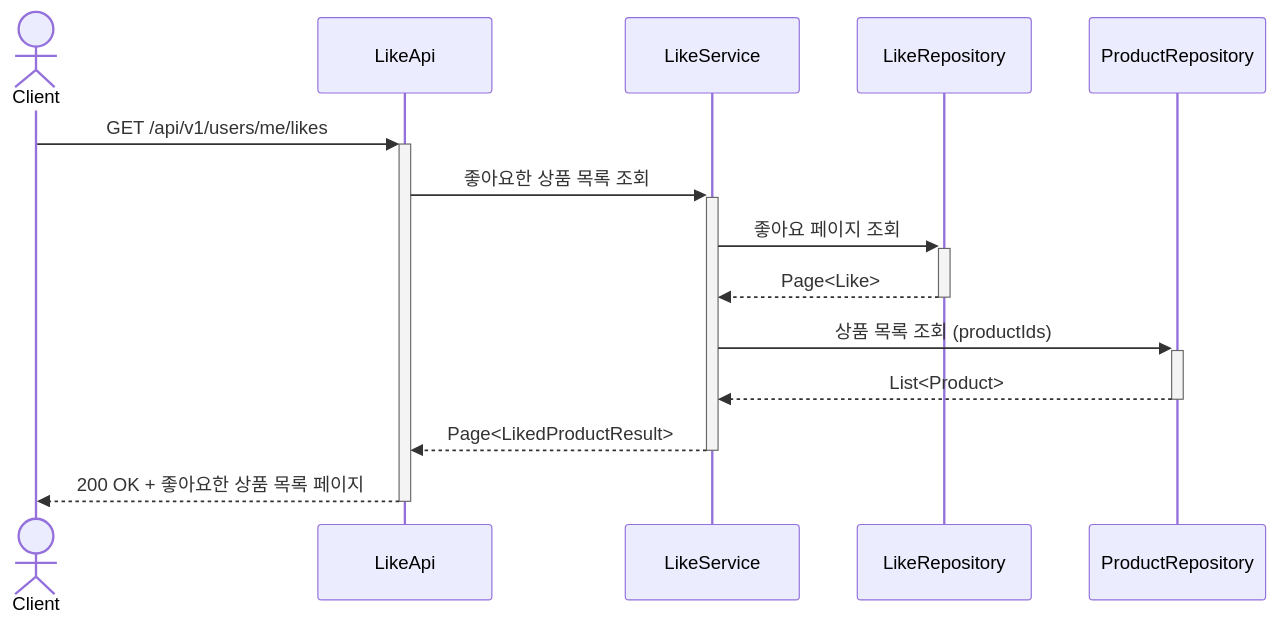
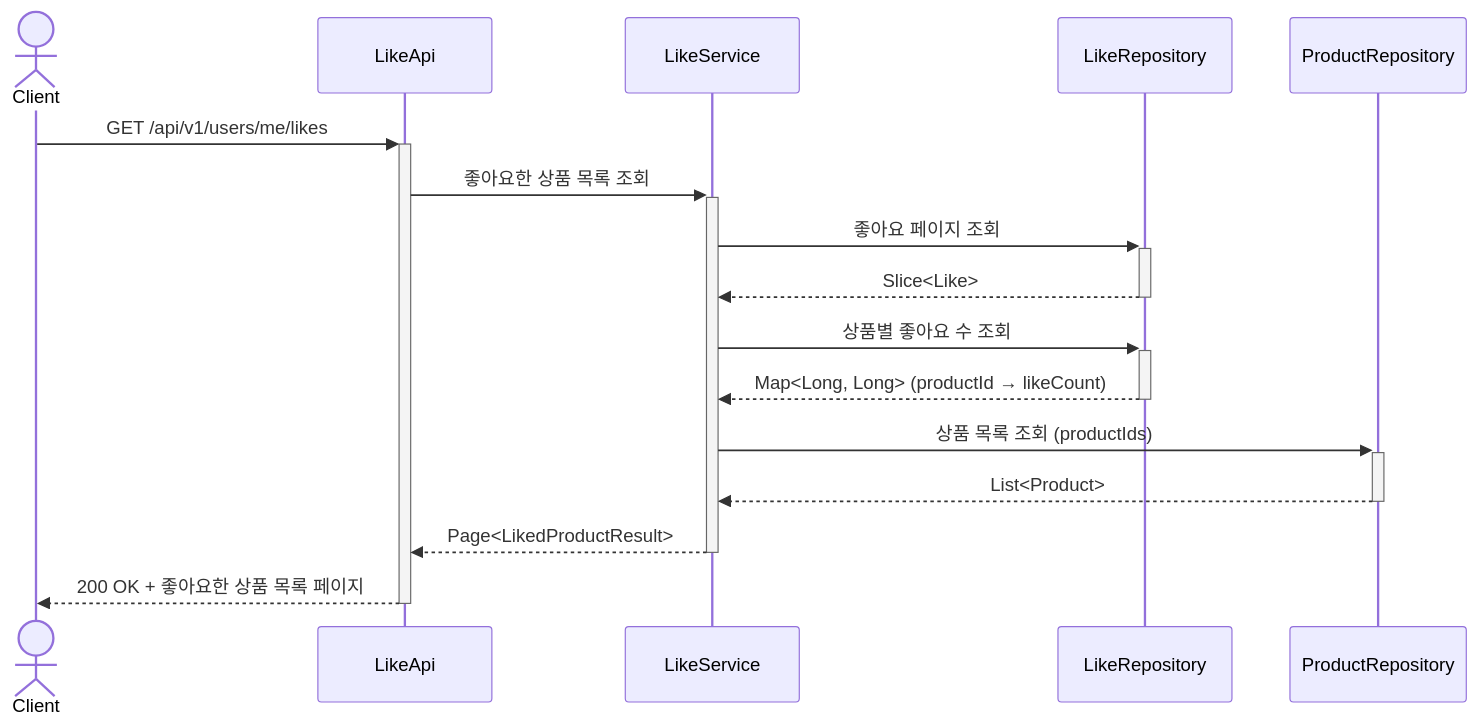
One commit to Loopers-dev-lab/loop-pack-be-l2-vol3-java changed diagram 18 of 23 in .docs/design/02-sequence-diagrams.md. Above: the diagram before and after it, drawn with Mermaid. The commit also changed 18 other files, not shown here.

````diff
--- a/.docs/design/02-sequence-diagrams.md
+++ b/.docs/design/02-sequence-diagrams.md
@@ -583,20 +583,23 @@
 ```mermaid
 sequenceDiagram
     actor Client
     participant LikeApi
     participant LikeService
     participant LikeRepository
     participant ProductRepository
 
     Client ->>+ LikeApi: GET /api/v1/users/me/likes
     LikeApi ->>+ LikeService: 좋아요한 상품 목록 조회
 
     LikeService ->>+ LikeRepository: 좋아요 페이지 조회
-    LikeRepository -->>- LikeService: Page<Like>
+    LikeRepository -->>- LikeService: Slice<Like>
+    
+    LikeService ->>+ LikeRepository: 상품별 좋아요 수 조회
+    LikeRepository -->>- LikeService: Map<Long, Long> (productId → likeCount)
 
     LikeService ->>+ ProductRepository: 상품 목록 조회 (productIds)
     ProductRepository -->>- LikeService: List<Product>
 
     LikeService -->>- LikeApi: Page<LikedProductResult>
     LikeApi -->>- Client: 200 OK + 좋아요한 상품 목록 페이지
 ```
````
